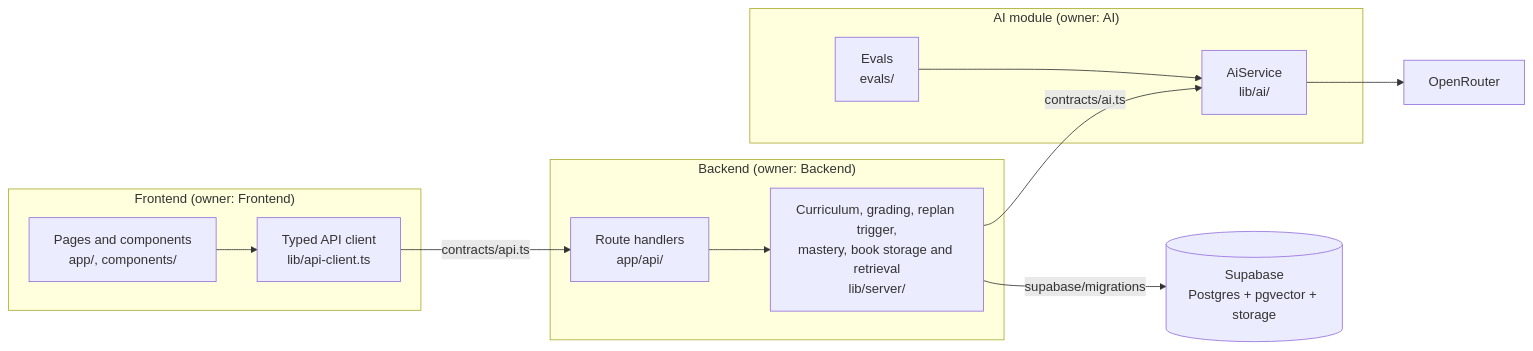
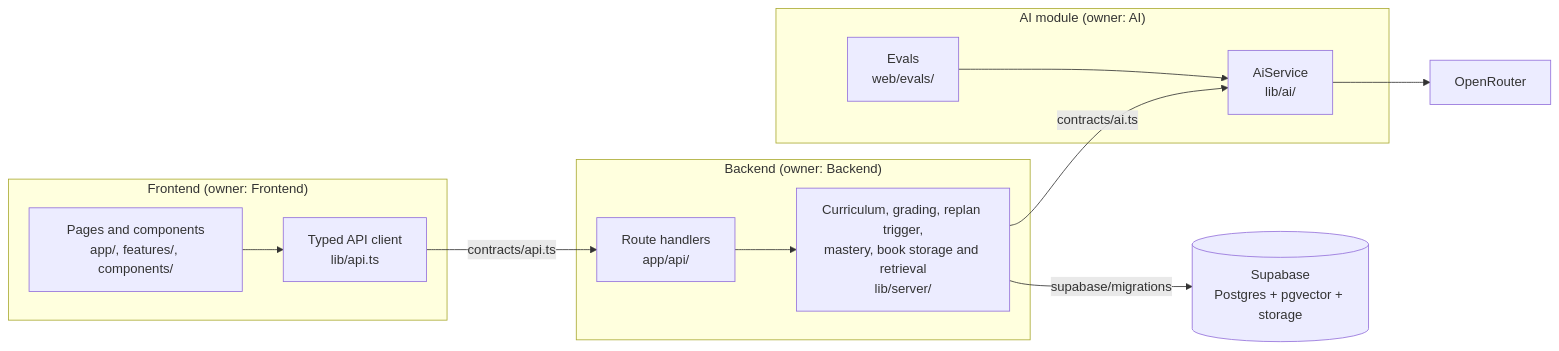
One commit to maksymboiko-ai/genesis-hackaton changed the diagram in ARCHITECTURE.md. Above: the diagram before and after it, drawn with Mermaid. The commit also changed other lines of this file and 6 other files, not shown here.

First line of the commit message:
Move contracts into web/src and align architecture doc with app layout

````diff
--- a/ARCHITECTURE.md
+++ b/ARCHITECTURE.md
@@ -19,28 +19,28 @@
 ```mermaid
 flowchart LR
   subgraph FE["Frontend (owner: Frontend)"]
-    UI["Pages and components<br/>app/, components/"]
-    Client["Typed API client<br/>lib/api-client.ts"]
+    UI["Pages and components<br/>app/, features/, components/"]
+    Client["Typed API client<br/>lib/api.ts"]
   end
 
   subgraph BE["Backend (owner: Backend)"]
     Routes["Route handlers<br/>app/api/"]
     Services["Curriculum, grading, replan trigger,<br/>mastery, book storage and retrieval<br/>lib/server/"]
   end
 
   subgraph AI["AI module (owner: AI)"]
     AiSvc["AiService<br/>lib/ai/"]
-    Evals["Evals<br/>evals/"]
+    Evals["Evals<br/>web/evals/"]
   end
 
   DB[("Supabase<br/>Postgres + pgvector + storage")]
   OR["OpenRouter"]
 
   UI --> Client
   Client -- "contracts/api.ts" --> Routes
   Routes --> Services
   Services -- "contracts/ai.ts" --> AiSvc
   Services -- "supabase/migrations" --> DB
   AiSvc --> OR
   Evals --> AiSvc
 ```
````
